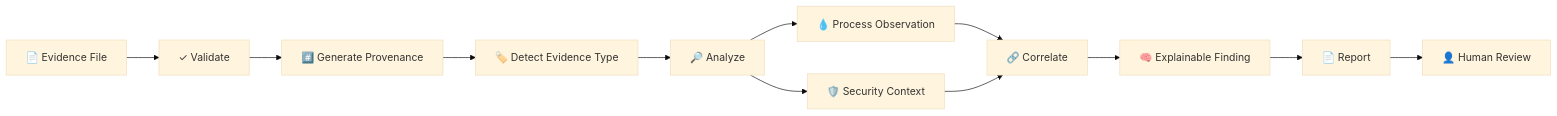
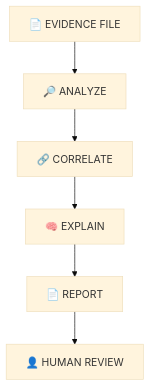
One commit to HaziqBinAfzal/AquaVigil changed the sixth of 8 diagrams in README.md. Above: the diagram before and after it, drawn with Mermaid (base theme). The commit also changed other lines of this file, not shown here.

````diff
--- a/README.md
+++ b/README.md
@@ -500,15 +478,21 @@
 ```mermaid
-flowchart LR
-    FILE["📄 Evidence File"]
-    FILE --> VAL["✓ Validate"]
-    VAL --> HASH["#️⃣ Generate Provenance"]
-    HASH --> TYPE["🏷️ Detect Evidence Type"]
-    TYPE --> ANALYZE["🔎 Analyze"]
-    ANALYZE --> PROC["💧 Process Observation"]
-    ANALYZE --> SEC["🛡️ Security Context"]
-    PROC --> COR["🔗 Correlate"]
-    SEC --> COR
-    COR --> FIND["🧠 Explainable Finding"]
-    FIND --> REPORT["📄 Report"]
-    REPORT --> HUMAN["👤 Human Review"]
+flowchart TB
+
+    A["📄 EVIDENCE FILE"]
+
+    B["🔎 ANALYZE"]
+
+    C["🔗 CORRELATE"]
+
+    D["🧠 EXPLAIN"]
+
+    E["📄 REPORT"]
+
+    F["👤 HUMAN REVIEW"]
+
+    A --> B
+    B --> C
+    C --> D
+    D --> E
+    E --> F
 ```
````
